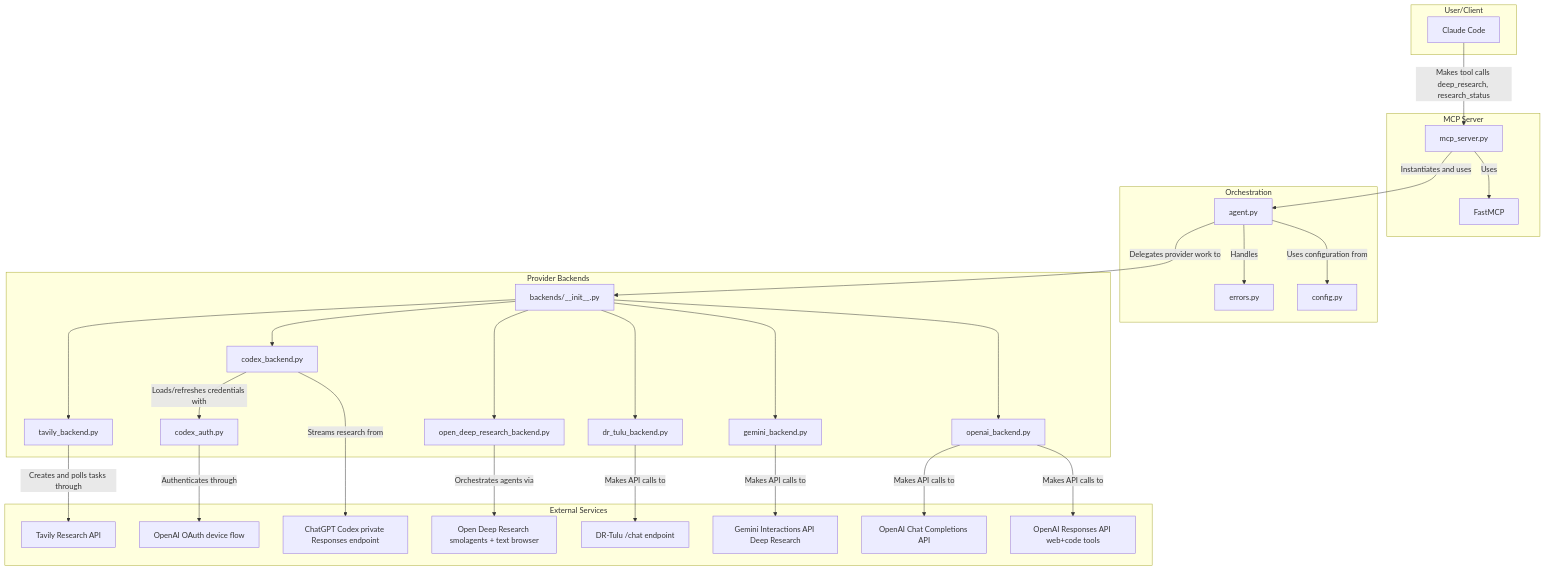
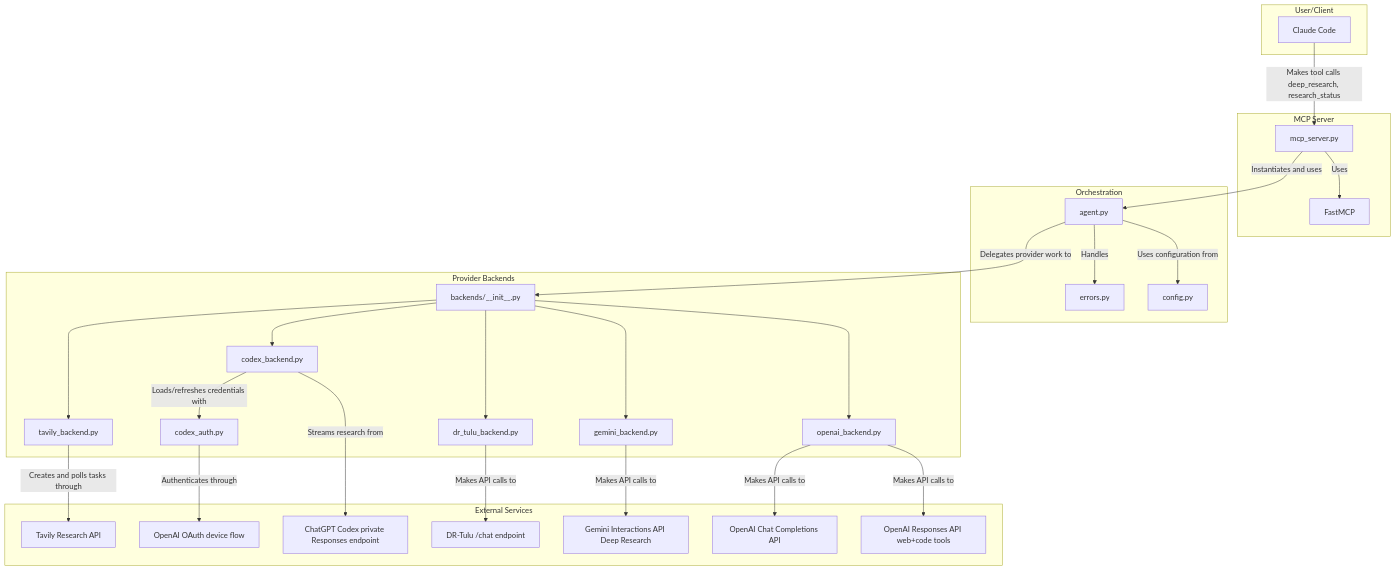
Before and after one commit to pminervini/deep-research-mcp: the diagram in ARCH.md, drawn with Mermaid. The commit also changed other lines of this file and 12 other files, not shown here.

First line of the commit message:
feat!: remove the open-deep-research provider

````diff
--- a/ARCH.md
+++ b/ARCH.md
@@ -17,61 +17,57 @@
 ```mermaid
 graph TD
     subgraph User/Client
         A[Claude Code]
     end
 
     subgraph MCP Server
         B[mcp_server.py]
         C[FastMCP]
     end
 
     subgraph Orchestration
         D[agent.py]
         E[config.py]
         F[errors.py]
     end
 
     subgraph Provider Backends
         P[backends/__init__.py]
         P1[openai_backend.py]
         P2[gemini_backend.py]
         P3[dr_tulu_backend.py]
-        P4[open_deep_research_backend.py]
         P5[codex_backend.py]
         P6[tavily_backend.py]
         CA[codex_auth.py]
     end
 
     subgraph External Services
         H[OpenAI Responses API web+code tools]
         H2[OpenAI Chat Completions API]
         H3[Gemini Interactions API Deep Research]
         H4[DR-Tulu /chat endpoint]
-        M[Open Deep Research smolagents + text browser]
         H5[ChatGPT Codex private Responses endpoint]
         H6[Tavily Research API]
         OA[OpenAI OAuth device flow]
     end
 
     A -- "Makes tool calls deep_research, research_status" --> B
     B -- "Uses" --> C
     B -- "Instantiates and uses" --> D
     D -- "Uses configuration from" --> E
     D -- "Handles" --> F
     D -- "Delegates provider work to" --> P
     P --> P1
     P --> P2
     P --> P3
-    P --> P4
     P --> P5
     P --> P6
     P1 -- "Makes API calls to" --> H
     P1 -- "Makes API calls to" --> H2
     P2 -- "Makes API calls to" --> H3
     P3 -- "Makes API calls to" --> H4
-    P4 -- "Orchestrates agents via" --> M
     P5 -- "Streams research from" --> H5
     P5 -- "Loads/refreshes credentials with" --> CA
     P6 -- "Creates and polls tasks through" --> H6
     CA -- "Authenticates through" --> OA
 ```
````
